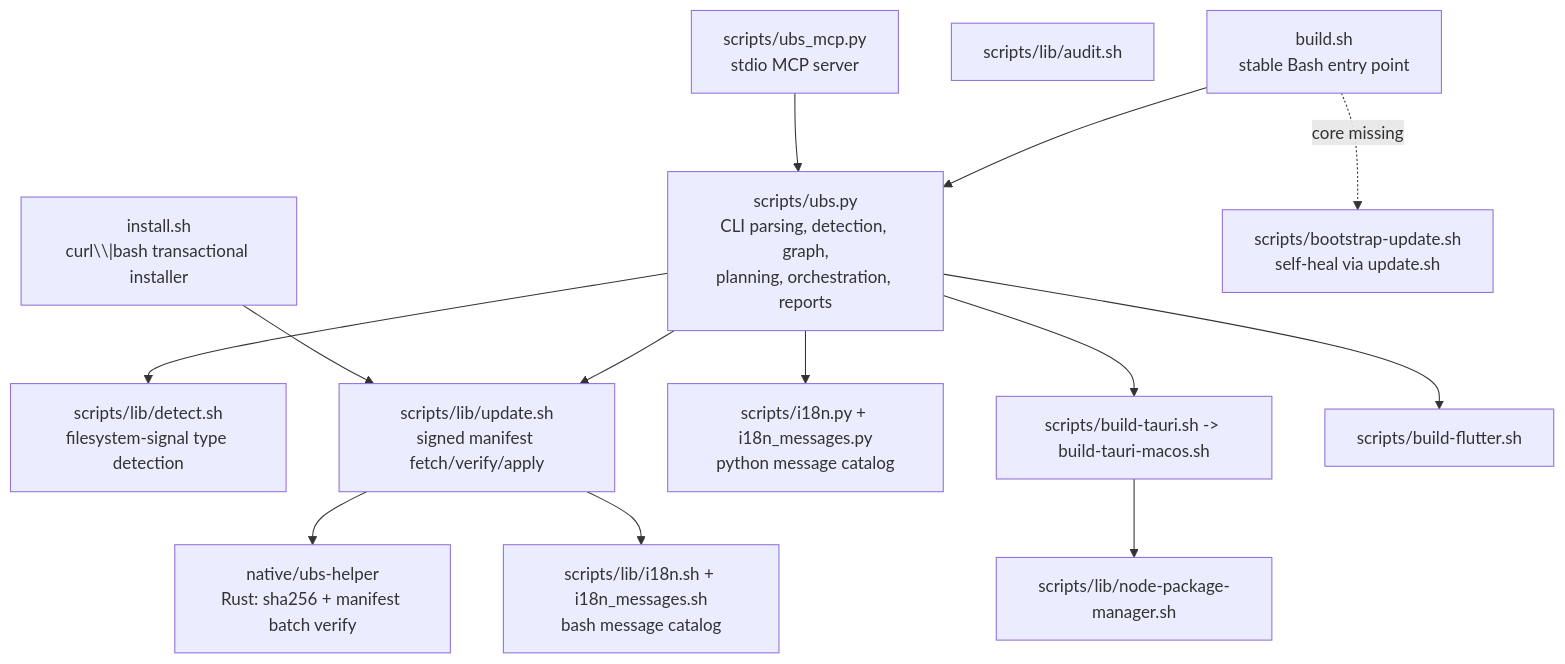
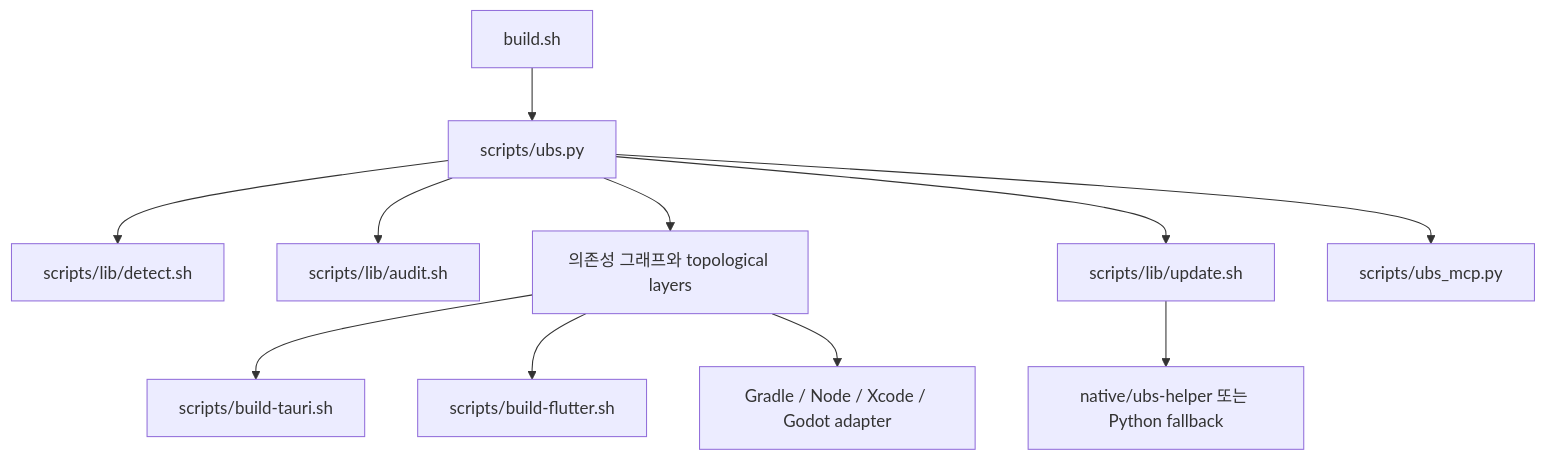
The second of 3 diagrams in README.md (ubs-Paltform/ubs), drawn with Mermaid before and after one commit. The commit also changed other lines of this file and 2 other files, not shown here.

````diff
--- a/README.md
+++ b/README.md
@@ -70,29 +136,13 @@
 ```mermaid
-flowchart TD
-    entry["build.sh\nstable Bash entry point"]
-    core["scripts/ubs.py\nCLI parsing, detection, graph,\nplanning, orchestration, reports"]
-    detect["scripts/lib/detect.sh\nfilesystem-signal type detection"]
-    audit["scripts/lib/audit.sh"]
-    update["scripts/lib/update.sh\nsigned manifest fetch/verify/apply"]
-    i18nsh["scripts/lib/i18n.sh + i18n_messages.sh\nbash message catalog"]
-    i18npy["scripts/i18n.py + i18n_messages.py\npython message catalog"]
-    npm["scripts/lib/node-package-manager.sh"]
-    tauri["scripts/build-tauri.sh -> build-tauri-macos.sh"]
-    flutter["scripts/build-flutter.sh"]
-    rustbin["native/ubs-helper\nRust: sha256 + manifest batch verify"]
-    mcp["scripts/ubs_mcp.py\nstdio MCP server"]
-    installer["install.sh\ncurl\\|bash transactional installer"]
-
-    entry --> core
-    entry -.->|"core missing"| bootstrap["scripts/bootstrap-update.sh\nself-heal via update.sh"]
-    core --> detect
-    core --> update
-    core --> i18npy
-    core --> tauri
-    core --> flutter
-    update --> rustbin
-    update --> i18nsh
-    tauri --> npm
-    mcp --> core
-    installer --> update
+flowchart TB
+    Entry[build.sh] --> Core[scripts/ubs.py]
+    Core --> Detect[scripts/lib/detect.sh]
+    Core --> Audit[scripts/lib/audit.sh]
+    Core --> Graph[의존성 그래프와 topological layers]
+    Graph --> Tauri[scripts/build-tauri.sh]
+    Graph --> Flutter[scripts/build-flutter.sh]
+    Graph --> Native[Gradle / Node / Xcode / Godot adapter]
+    Core --> Update[scripts/lib/update.sh]
+    Update --> Helper[native/ubs-helper 또는 Python fallback]
+    Core --> MCP[scripts/ubs_mcp.py]
 ```
````
